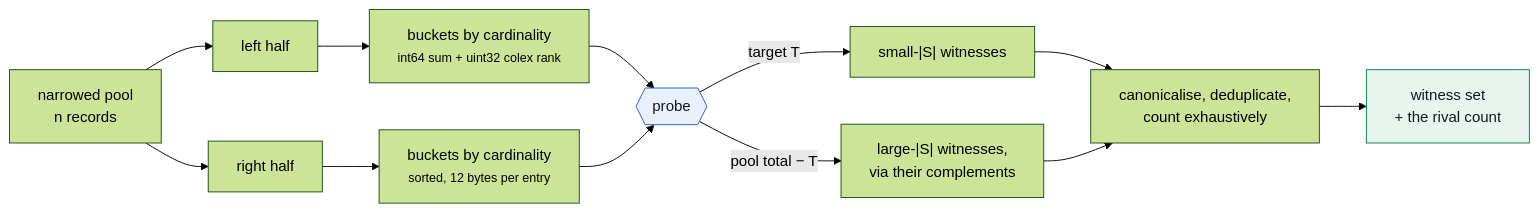
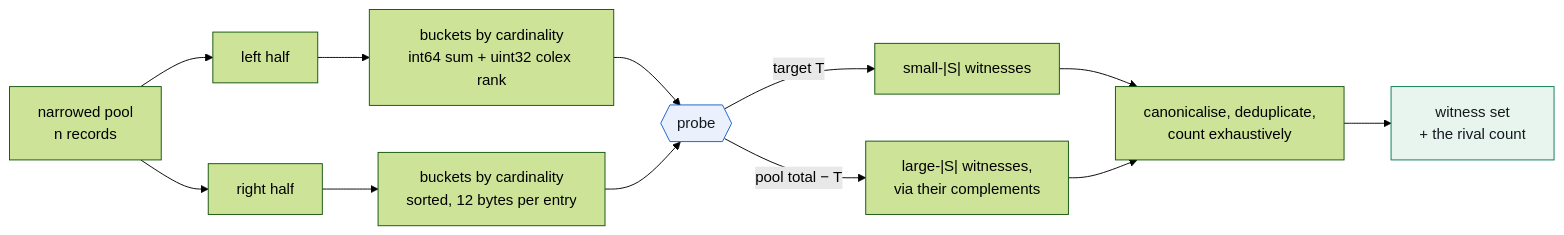
One commit to Rishi0507/Manhattan changed the diagram in docs/diagrams/design-2.mmd. Above: the diagram before and after it, drawn with Mermaid (forest theme). The commit also changed 13 other files, not shown here.

Commit message:
drop the track number, untag mermaid labels, and settle the header mark

```diff
--- a/docs/diagrams/design-2.mmd
+++ b/docs/diagrams/design-2.mmd
@@ -1,14 +1,14 @@
 flowchart LR
     P["narrowed pool<br/>n records"] --> L["left half"]
     P --> R["right half"]
-    L --> LB["buckets by cardinality<br/><small>int64 sum + uint32 colex rank</small>"]
-    R --> RB["buckets by cardinality<br/><small>sorted, 12 bytes per entry</small>"]
+    L --> LB["buckets by cardinality<br/>int64 sum + uint32 colex rank"]
+    R --> RB["buckets by cardinality<br/>sorted, 12 bytes per entry"]
     LB --> PR{{"probe"}}
     RB --> PR
     PR -->|"target T"| W["small-|S| witnesses"]
     PR -->|"pool total − T"| C["large-|S| witnesses,<br/>via their complements"]
     W --> DD["canonicalise, deduplicate,<br/>count exhaustively"]
     C --> DD
     DD --> OUT["witness set<br/>+ the rival count"]
     style PR fill:#eaf1fd,stroke:#1461cc,color:#16181d
     style OUT fill:#e7f5ee,stroke:#0a7d4e,color:#16181d
```
